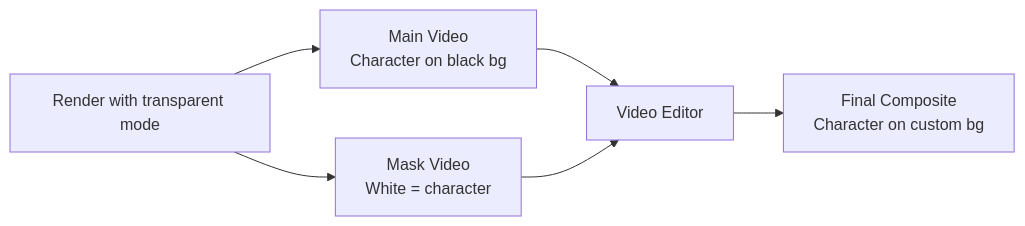
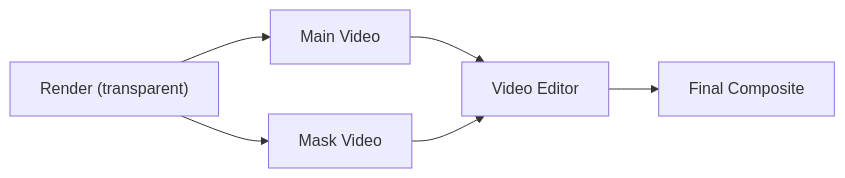
Before and after one commit to petrpan26/docs: the diagram in guides/compositing.mdx, drawn with Mermaid. The commit also changed other lines of this file and 14 other files, not shown here.

````diff
--- a/guides/compositing.mdx
+++ b/guides/compositing.mdx
@@ -16,8 +8,8 @@
 ```mermaid
 graph LR
-    A[Render with transparent mode] --> B[Main Video<br/>Character on black bg]
-    A --> C[Mask Video<br/>White = character]
+    A["Render (transparent)"] --> B[Main Video]
+    A --> C[Mask Video]
     B --> D[Video Editor]
     C --> D
-    D --> E[Final Composite<br/>Character on custom bg]
+    D --> E[Final Composite]
 ```
````
